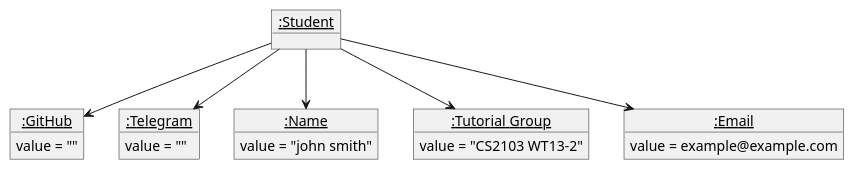
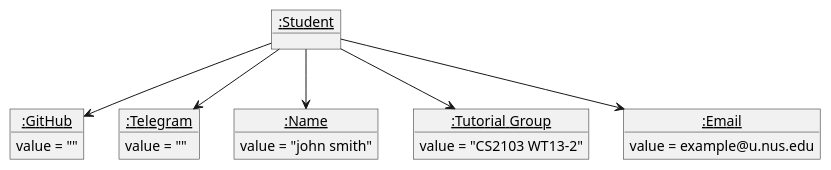
Before and after one commit to vanessaxuuan/tp: the diagram in docs/diagrams/StudentWithEmptyTelegramAndGitHub.puml, drawn with PlantUML. The commit also changed 13 other files, not shown here.

Commit message:
Replace every instance of example.com with u.nus.edu

```diff
--- a/docs/diagrams/StudentWithEmptyTelegramAndGitHub.puml
+++ b/docs/diagrams/StudentWithEmptyTelegramAndGitHub.puml
@@ -1,22 +1,22 @@
 @startuml
 'https://plantuml.com/object-diagram
 
 object "__:Student__" as student
 object "__:GitHub__" as gitHub
 object "__:Telegram__" as telegram
 object "__:Name__" as name
 object "__:Tutorial Group__" as tg
 object "__:Email__" as email
 
 gitHub : value = ""
 telegram : value = ""
 name : value = "john smith"
 tg : value = "CS2103 WT13-2"
-email : value = example@example.com
+email : value = example@u.nus.edu
 
 student --> tg
 student --> name
 student --> gitHub
 student --> telegram
 student --> email
 @enduml
```
